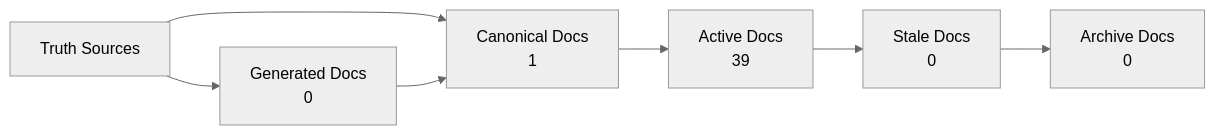
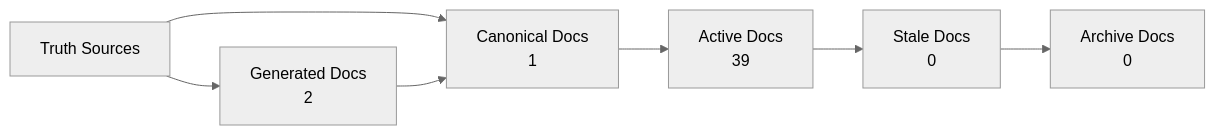
Before and after one commit to Latimer-Woods-Tech/focusbro: the diagram in docs/_generated/docs-trust-map.md, drawn with Mermaid (neutral theme). The commit also changed 1 other file, not shown here.

Commit message:
chore(docs): stabilize generated docs graph

````diff
--- a/docs/_generated/docs-trust-map.md
+++ b/docs/_generated/docs-trust-map.md
@@ -20,14 +20,14 @@
 ```mermaid
 flowchart LR
   truth["Truth Sources"] --> canonical["Canonical Docs"]
   canonical --> active["Active Docs"]
   active --> stale["Stale Docs"]
   stale --> archive["Archive Docs"]
   canonical["Canonical Docs\n1"]
   active["Active Docs\n39"]
   stale["Stale Docs\n0"]
   archive["Archive Docs\n0"]
-  generated["Generated Docs\n0"]
+  generated["Generated Docs\n2"]
   truth --> generated
   generated --> canonical
 ```
````
